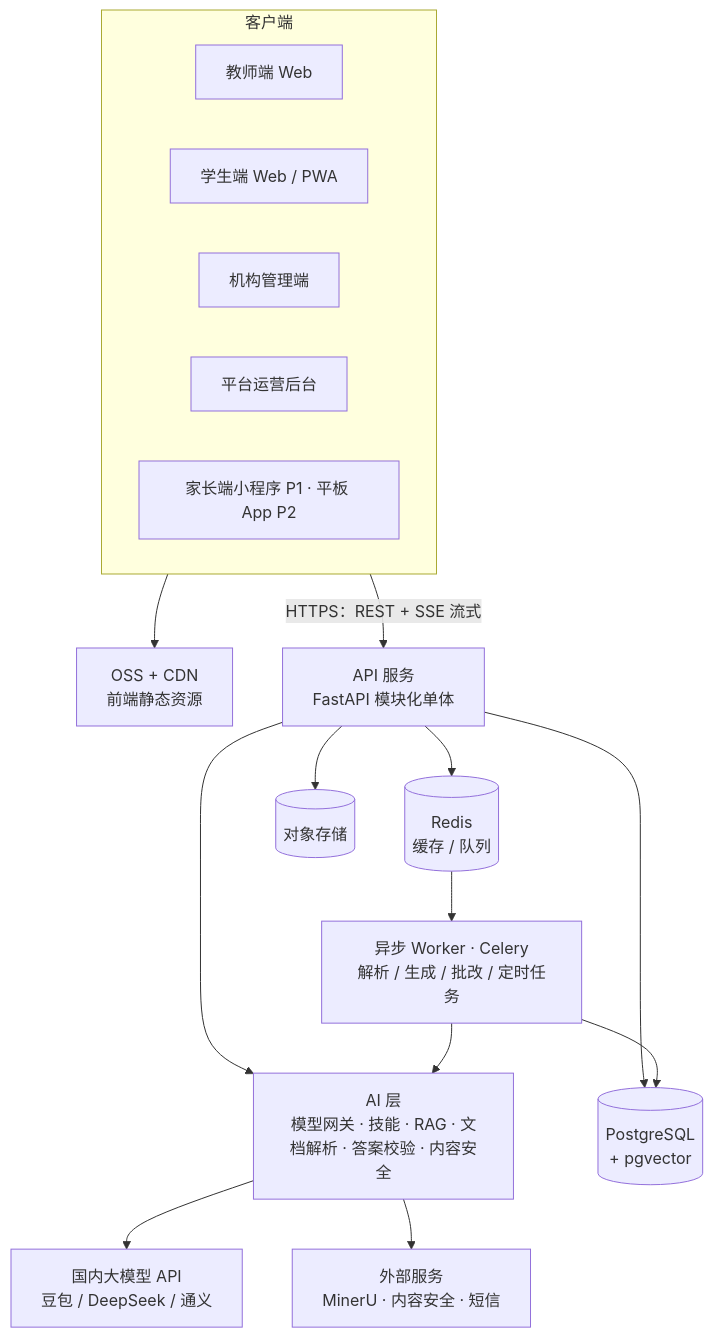
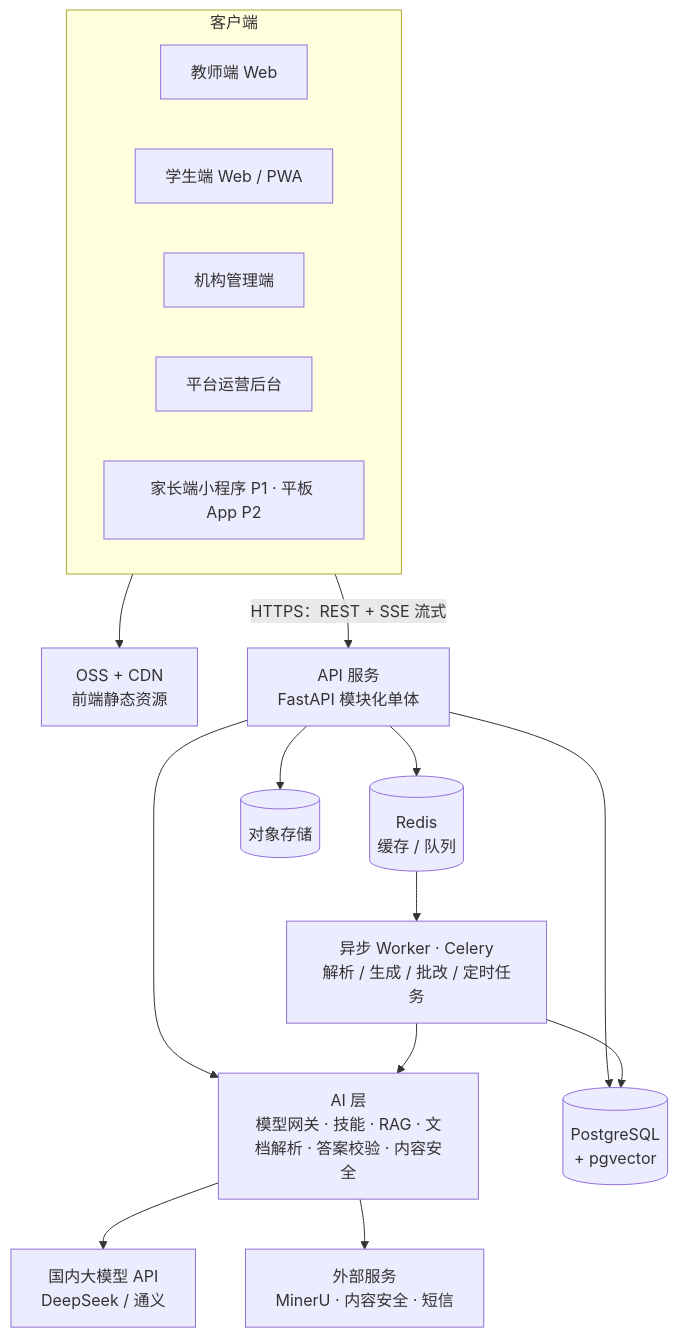
Before and after one commit to cuefe/ai4edu: the diagram in docs/技术方案.md, drawn with Mermaid. The commit also changed other lines of this file and 8 other files, not shown here.

First line of the commit message:
确定主力模型和云厂商：DeepSeek＋通义，阿里云，GitHub

````diff
--- a/docs/技术方案.md
+++ b/docs/技术方案.md
@@ -33,31 +33,31 @@
 ```mermaid
 flowchart TB
   subgraph C[客户端]
     T[教师端 Web]
     S[学生端 Web / PWA]
     O[机构管理端]
     P[平台运营后台]
     X[家长端小程序 P1 · 平板 App P2]
   end
   CDN[OSS + CDN<br/>前端静态资源]
   API[API 服务<br/>FastAPI 模块化单体]
   W[异步 Worker · Celery<br/>解析 / 生成 / 批改 / 定时任务]
   AI[AI 层<br/>模型网关 · 技能 · RAG · 文档解析 · 答案校验 · 内容安全]
   DB[(PostgreSQL<br/>+ pgvector)]
   R[(Redis<br/>缓存 / 队列)]
   OSS[(对象存储)]
-  LLM[国内大模型 API<br/>豆包 / DeepSeek / 通义]
+  LLM[国内大模型 API<br/>DeepSeek / 通义]
   EXT[外部服务<br/>MinerU · 内容安全 · 短信]
 
   C -->|HTTPS：REST + SSE 流式| API
   C --> CDN
   API --> DB
   API --> R
   API --> OSS
   API --> AI
   R --> W
   W --> AI
   W --> DB
   AI --> LLM
   AI --> EXT
 ```
````
